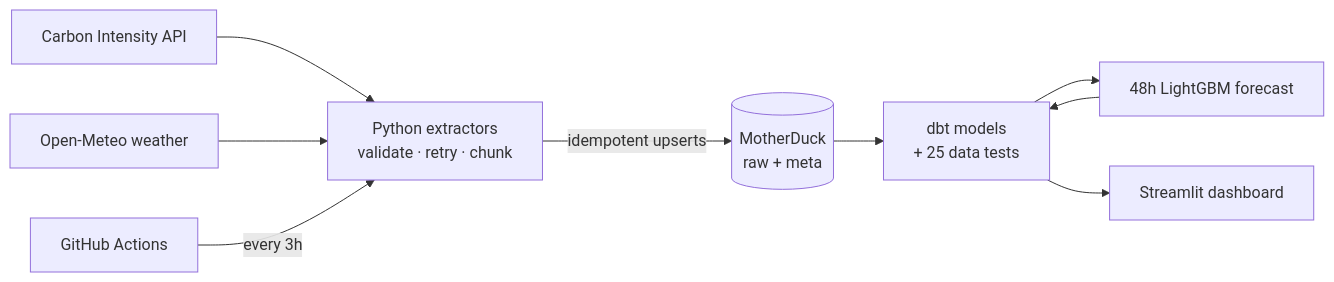
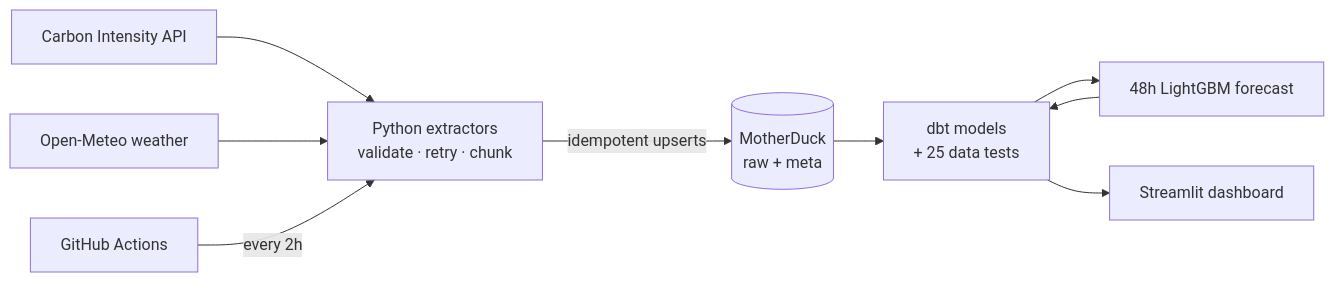
One commit to p3rpetualpanda/gb-grid-carbon changed the diagram in README.md. Above: the diagram before and after it, drawn with Mermaid. The commit also changed other lines of this file and 3 other files, not shown here.

````diff
--- a/README.md
+++ b/README.md
@@ -15,11 +15,11 @@
 ```mermaid
 flowchart LR
   A[Carbon Intensity API] --> E[Python extractors<br/>validate · retry · chunk]
   B[Open-Meteo weather] --> E
   E -->|idempotent upserts| R[(MotherDuck<br/>raw + meta)]
   R --> D[dbt models<br/>+ 25 data tests]
   D --> F[48h LightGBM forecast]
   F --> D
   D --> S[Streamlit dashboard]
-  G[GitHub Actions] -->|every 3h| E
+  G[GitHub Actions] -->|every 2h| E
 ```
````
